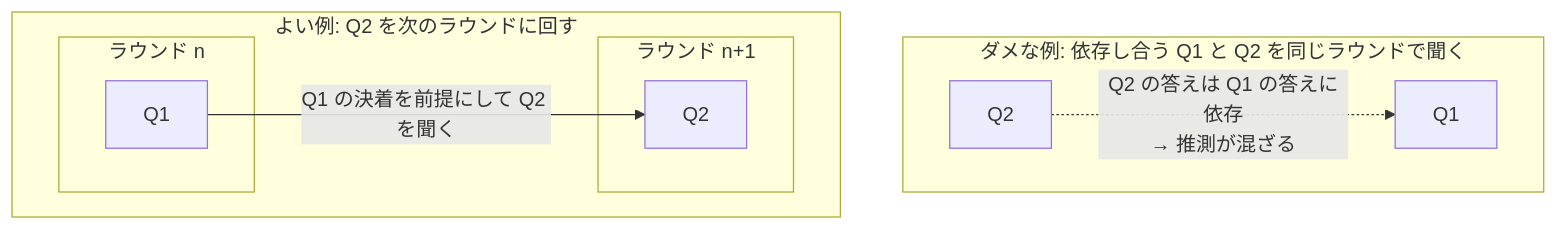
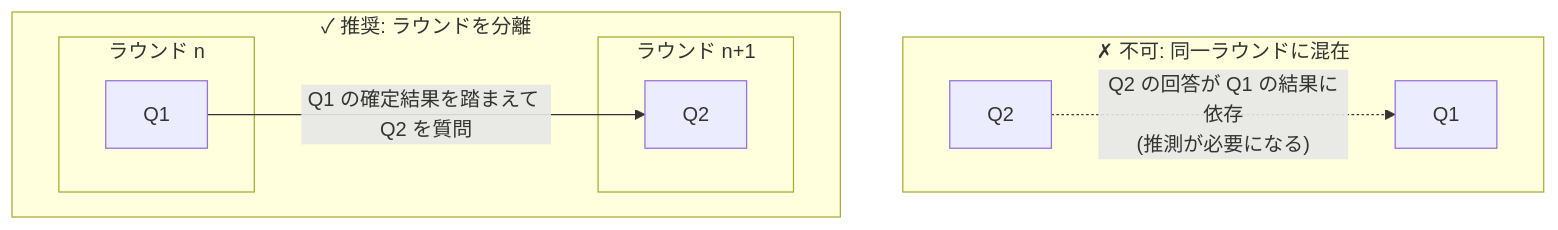
One commit to uehaj/zenn-articles changed the third of 5 diagrams in articles/grilling-frontier-design-tree.md. Above: the diagram before and after it, drawn with Mermaid. The commit also changed other lines of this file, not shown here.

````diff
--- a/articles/grilling-frontier-design-tree.md
+++ b/articles/grilling-frontier-design-tree.md
@@ -109,17 +109,17 @@
 ```mermaid
 flowchart TB
-    subgraph ng["ダメな例: 依存し合う Q1 と Q2 を同じラウンドで聞く"]
+    subgraph ng["✗ 不可: 同一ラウンドに混在"]
         direction LR
-        a2["Q2"] -. "Q2 の答えは Q1 の答えに依存<br>→ 推測が混ざる" .-> a1["Q1"]
+        a2["Q2"] -. "Q2 の回答が Q1 の結果に依存<br>(推測が必要になる)" .-> a1["Q1"]
     end
-    subgraph ok["よい例: Q2 を次のラウンドに回す"]
+    subgraph ok["✓ 推奨: ラウンドを分離"]
         direction LR
         subgraph rn["ラウンド n"]
             b1["Q1"]
         end
         subgraph rn1["ラウンド n+1"]
             b2["Q2"]
         end
-        b1 -- "Q1 の決着を前提にして Q2 を聞く" --> b2
+        b1 -- "Q1 の確定結果を踏まえて Q2 を質問" --> b2
     end
 ```
````
